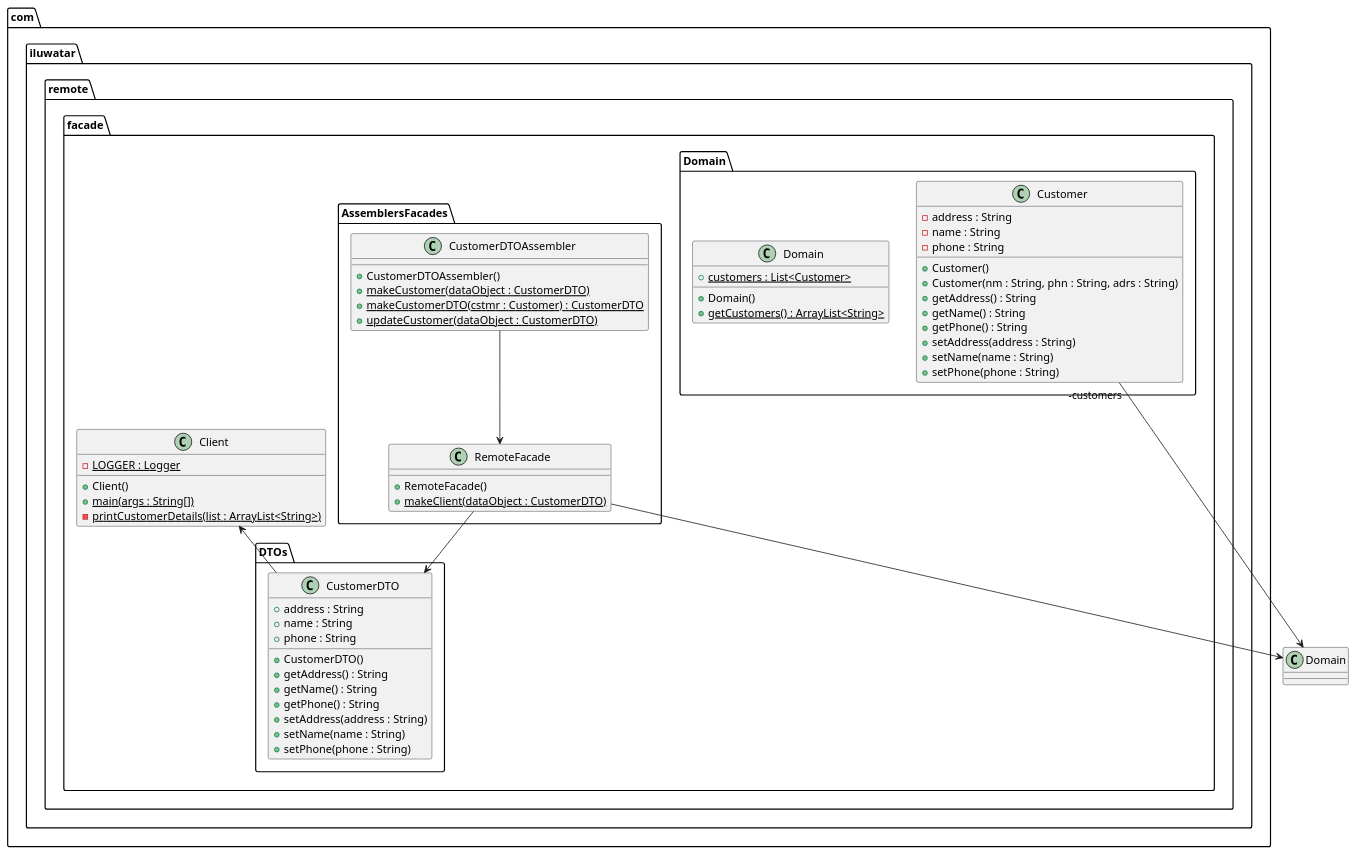
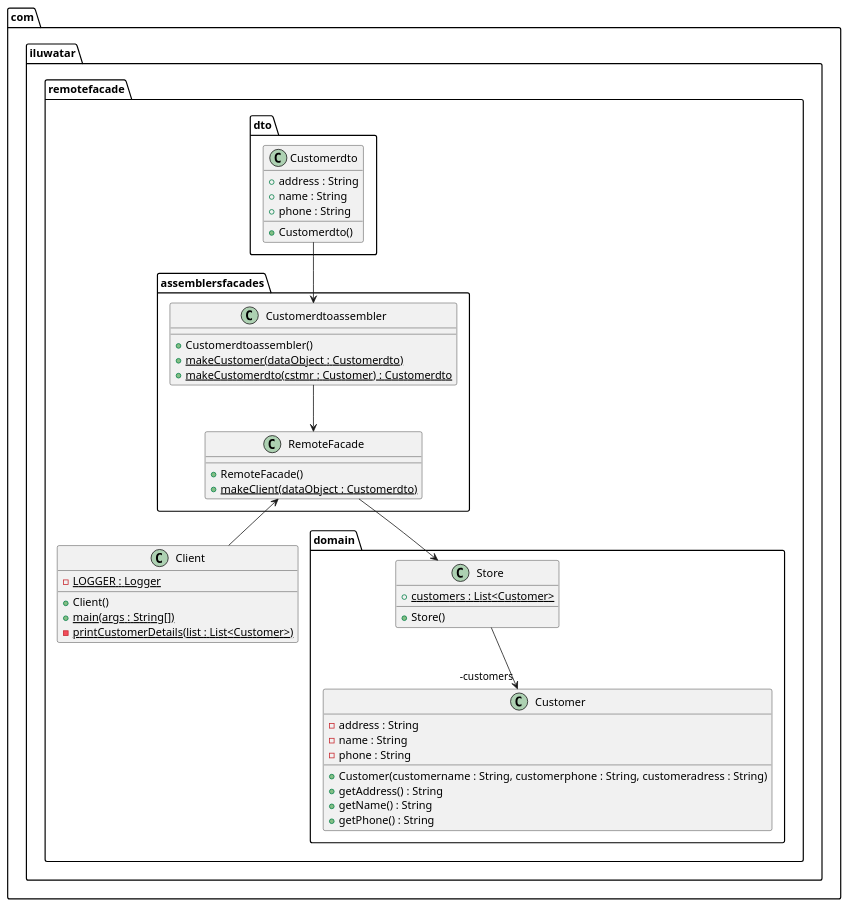
The diagram in remote-facade/etc/remote-facade.urm.puml (iluwatar/java-design-patterns), drawn with PlantUML before and after one commit. The commit also changed 9 other files, not shown here.

```diff
--- a/remote-facade/etc/remote-facade.urm.puml
+++ b/remote-facade/etc/remote-facade.urm.puml
@@ -1,61 +1,50 @@
 @startuml
-package com.iluwatar.remote.facade.Domain {
+package com.iluwatar.remotefacade.assemblersfacades {
+  class Customerdtoassembler {
+    + Customerdtoassembler()
+    + makeCustomer(dataObject : Customerdto) {static}
+    + makeCustomerdto(cstmr : Customer) : Customerdto {static}
+  }
+  class RemoteFacade {
+    + RemoteFacade()
+    + makeClient(dataObject : Customerdto) {static}
+  }
+}
+package com.iluwatar.remotefacade {
+  class Client {
+    - LOGGER : Logger {static}
+    + Client()
+    + main(args : String[]) {static}
+    - printCustomerDetails(list : List<Customer>) {static}
+  }
+}
+package com.iluwatar.remotefacade.dto {
+  class Customerdto {
+    + address : String
+    + name : String
+    + phone : String
+    + Customerdto()
+  }
+}
+package com.iluwatar.remotefacade.domain {
   class Customer {
     - address : String
     - name : String
     - phone : String
-    + Customer()
-    + Customer(nm : String, phn : String, adrs : String)
+    + Customer(customername : String, customerphone : String, customeradress : String)
     + getAddress() : String
     + getName() : String
     + getPhone() : String
-    + setAddress(address : String)
-    + setName(name : String)
-    + setPhone(phone : String)
   }
-  class Domain {
+  class Store{
     + customers : List<Customer> {static}
-    + Domain()
-    + getCustomers() : ArrayList<String> {static}
+    + Store()
   }
 }
-package com.iluwatar.remote.facade.DTOs {
-  class CustomerDTO {
-    + address : String
-    + name : String
-    + phone : String
-    + CustomerDTO()
-    + getAddress() : String
-    + getName() : String
-    + getPhone() : String
-    + setAddress(address : String)
-    + setName(name : String)
-    + setPhone(phone : String)
-  }
-}
-package com.iluwatar.remote.facade.AssemblersFacades {
-  class CustomerDTOAssembler {
-    + CustomerDTOAssembler()
-    + makeCustomer(dataObject : CustomerDTO) {static}
-    + makeCustomerDTO(cstmr : Customer) : CustomerDTO {static}
-    + updateCustomer(dataObject : CustomerDTO) {static}
-  }
-  class RemoteFacade {
-    + RemoteFacade()
-    + makeClient(dataObject : CustomerDTO) {static}
-  }
-}
-package com.iluwatar.remote.facade {
-  class Client {
-    - LOGGER : Logger {static}
-    + Client()
-    + main(args : String[]) {static}
-    - printCustomerDetails(list : ArrayList<String>) {static}
-  }
-}
-Domain <--  "-customers" Customer
-CustomerDTOAssembler --> RemoteFacade
-RemoteFacade --> CustomerDTO
-Client <-- CustomerDTO
-RemoteFacade --> Domain
+Store -->  "-customers" Customer
+Customerdtoassembler --> RemoteFacade
+RemoteFacade --> Store
+RemoteFacade <-- Client
+Customerdto --> Customerdtoassembler
+
 @enduml
```
